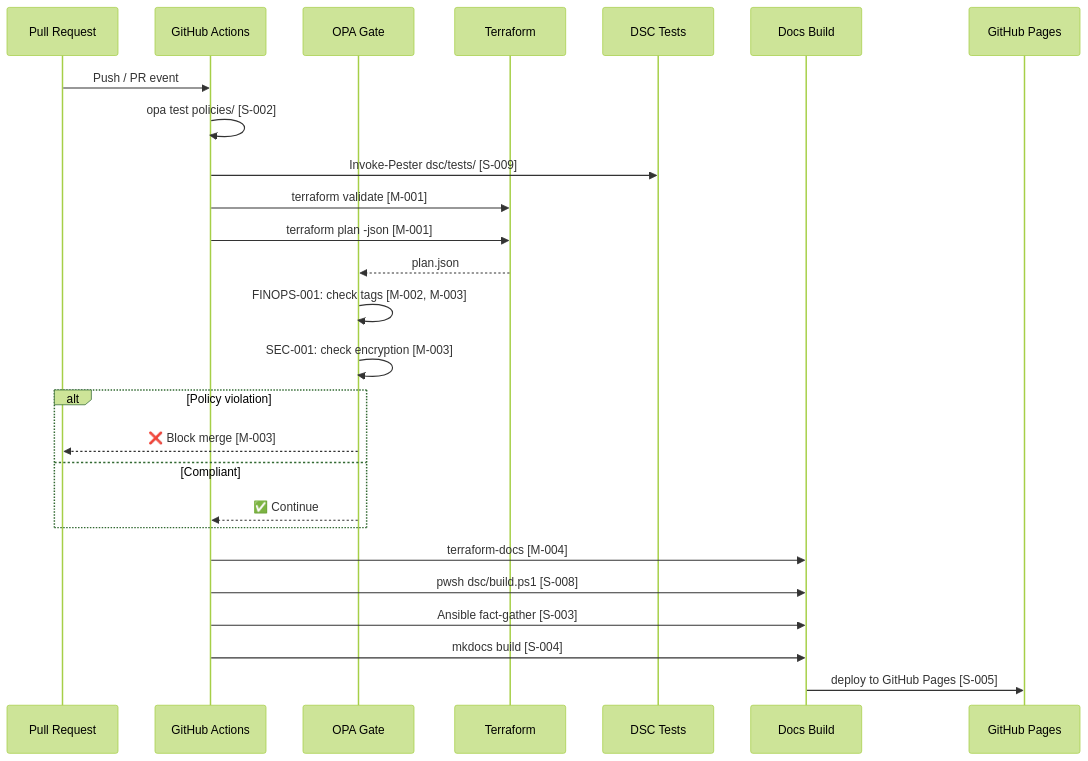
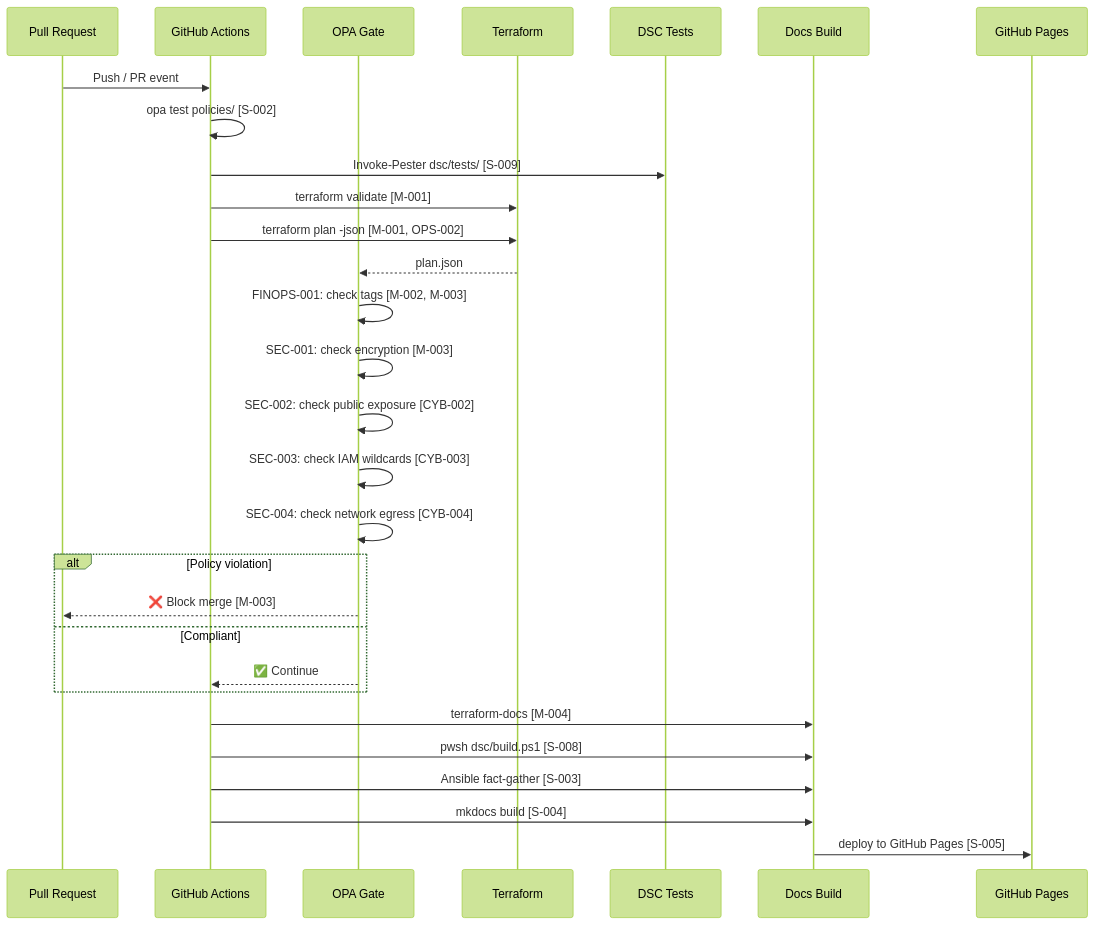
One commit to DevelApp-ai/deterministic-technical-design-specification changed the second of 3 diagrams in example/docs/traceability/index.md. Above: the diagram before and after it, drawn with Mermaid (forest theme). The commit also changed other lines of this file and 19 other files, not shown here.

First line of the commit message:
Add network Terraform, fix OPA syntax, add architecture/security/runbook for all personas

````diff
--- a/example/docs/traceability/index.md
+++ b/example/docs/traceability/index.md
@@ -127,29 +163,32 @@
 ```mermaid
 sequenceDiagram
     participant PR as Pull Request
     participant CI as GitHub Actions
     participant OPA as OPA Gate
     participant TF  as Terraform
     participant DSC as DSC Tests
     participant DOCS as Docs Build
     participant GH  as GitHub Pages
 
     PR->>CI: Push / PR event
     CI->>CI: opa test policies/ [S-002]
     CI->>DSC: Invoke-Pester dsc/tests/ [S-009]
     CI->>TF: terraform validate [M-001]
-    CI->>TF: terraform plan -json [M-001]
+    CI->>TF: terraform plan -json [M-001, OPS-002]
     TF-->>OPA: plan.json
     OPA->>OPA: FINOPS-001: check tags [M-002, M-003]
     OPA->>OPA: SEC-001: check encryption [M-003]
+    OPA->>OPA: SEC-002: check public exposure [CYB-002]
+    OPA->>OPA: SEC-003: check IAM wildcards [CYB-003]
+    OPA->>OPA: SEC-004: check network egress [CYB-004]
     alt Policy violation
         OPA-->>PR: ❌ Block merge [M-003]
     else Compliant
         OPA-->>CI: ✅ Continue
     end
     CI->>DOCS: terraform-docs [M-004]
     CI->>DOCS: pwsh dsc/build.ps1 [S-008]
     CI->>DOCS: Ansible fact-gather [S-003]
     CI->>DOCS: mkdocs build [S-004]
     DOCS->>GH: deploy to GitHub Pages [S-005]
 ```
````
